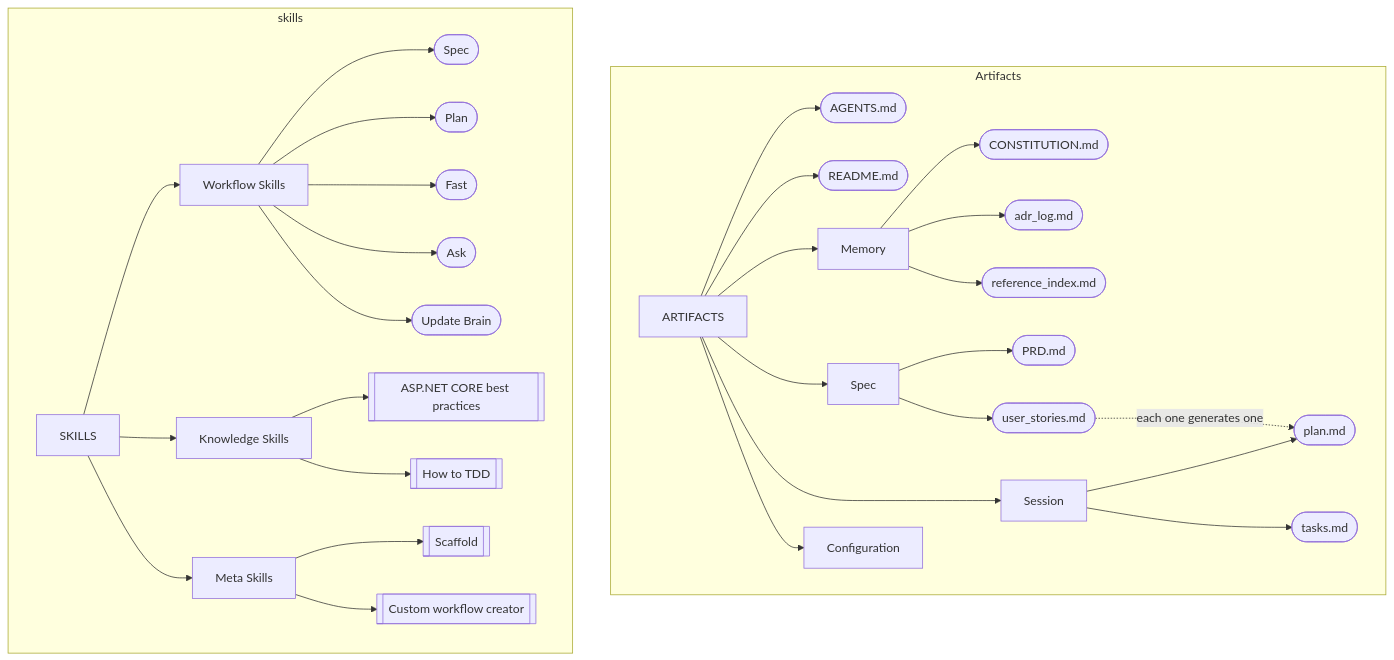
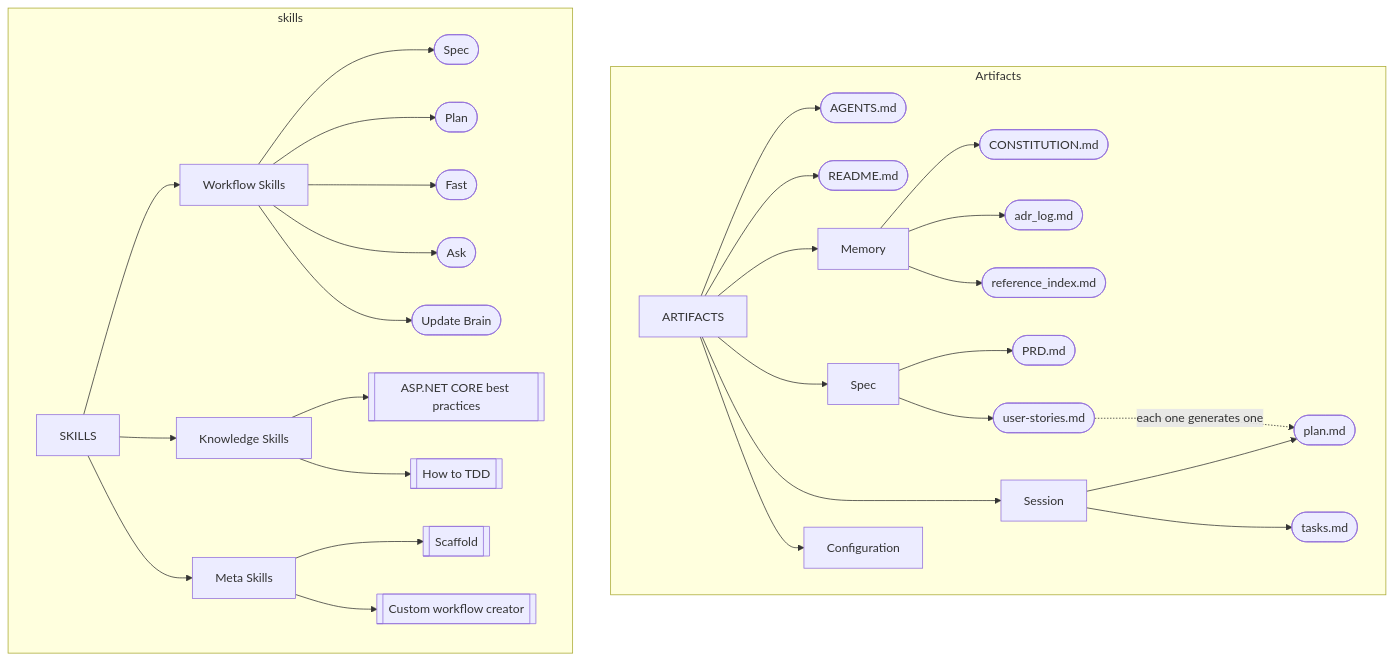
The diagram in AGENTS.md (atlasfoo/jaiba-framework), drawn with Mermaid before and after one commit. The commit also changed other lines of this file and 16 other files, not shown here.

````diff
--- a/AGENTS.md
+++ b/AGENTS.md
@@ -33,45 +33,45 @@
 ```mermaid
 graph TD
     subgraph Artifacts
         AA[ARTIFACTS]
 
         AA --> AX([AGENTS.md])
         AA --> AY([README.md])
         AA --> AB[Memory]
         AA --> AC[Spec]
         AA --> AD[Session]
         AA --> AE[Configuration]
 
         AB --> AF([CONSTITUTION.md])
         AB --> AG([adr_log.md])
         AB --> AH([reference_index.md])
 
         AC --> AI([PRD.md])
-        AC --> AJ([user_stories.md])
+        AC --> AJ([user-stories.md])
 
         AJ -."each one generates one".-> AK
 
         AD --> AK([plan.md])
         AD --> AL([tasks.md])
     end
 
 
     subgraph skills
         A[SKILLS]
         A --> B[Workflow Skills]
         A --> C[Knowledge Skills]
         A --> D[Meta Skills]
 
         B --> E([Spec])
         B --> F([Plan])
         B --> G([Fast])
         B --> H([Ask])
         B --> I([Update Brain])
 
         C --> J[[ASP.NET CORE best practices]]
         C --> L[[How to TDD]]
 
         D --> K[[Scaffold]]
         D --> M[[Custom workflow creator]]
     end
 ```
````
